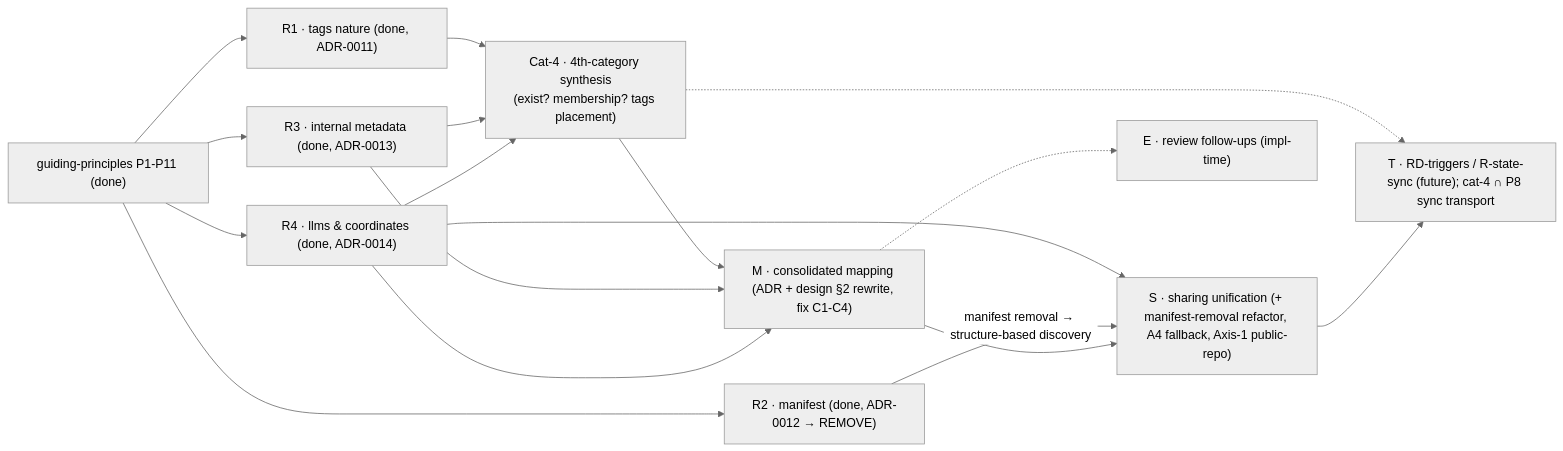
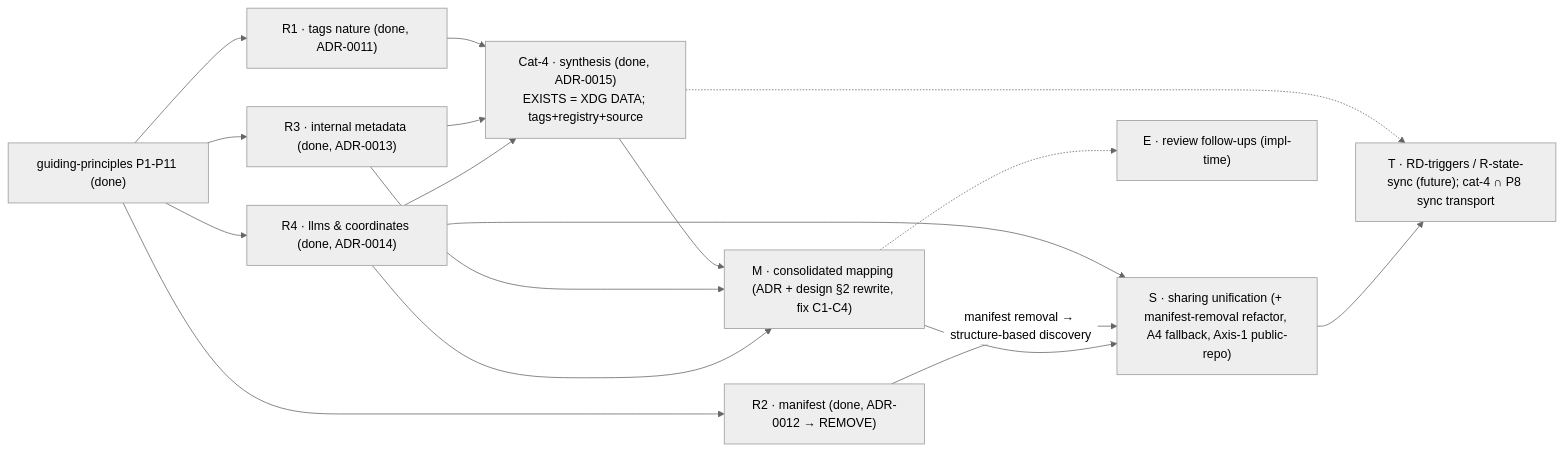
One commit to alergyonthestage/claude-orchestrator changed the diagram in docs/maintainer/configuration/decentralized-config/analysis-roadmap.md. Above: the diagram before and after it, drawn with Mermaid (neutral theme). The commit also changed other lines of this file and 3 other files, not shown here.

````diff
--- a/docs/maintainer/configuration/decentralized-config/analysis-roadmap.md
+++ b/docs/maintainer/configuration/decentralized-config/analysis-roadmap.md
@@ -183,19 +188,19 @@
 ```mermaid
 flowchart LR
   P["guiding-principles P1-P11 (done)"] --> R1["R1 · tags nature (done, ADR-0011)"]
   P --> R2["R2 · manifest (done, ADR-0012 → REMOVE)"]
   P --> R3["R3 · internal metadata (done, ADR-0013)"]
   P --> R4["R4 · llms & coordinates (done, ADR-0014)"]
-  R1 --> C4["Cat-4 · 4th-category synthesis<br/>(exist? membership? tags placement)"]
+  R1 --> C4["Cat-4 · synthesis (done, ADR-0015)<br/>EXISTS = XDG DATA; tags+registry+source"]
   R3 --> C4
   R4 --> C4
   C4 --> M["M · consolidated mapping (ADR + design §2 rewrite, fix C1-C4)"]
   R3 --> M
   R4 --> M
   R4 --> S["S · sharing unification (+ manifest-removal refactor, A4 fallback, Axis-1 public-repo)"]
   R2 -- "manifest removal → structure-based discovery" --> S
   M --> S
   C4 -.-> T["T · RD-triggers / R-state-sync (future); cat-4 ∩ P8 sync transport"]
   S --> T
   M -.-> E["E · review follow-ups (impl-time)"]
 ```
````
